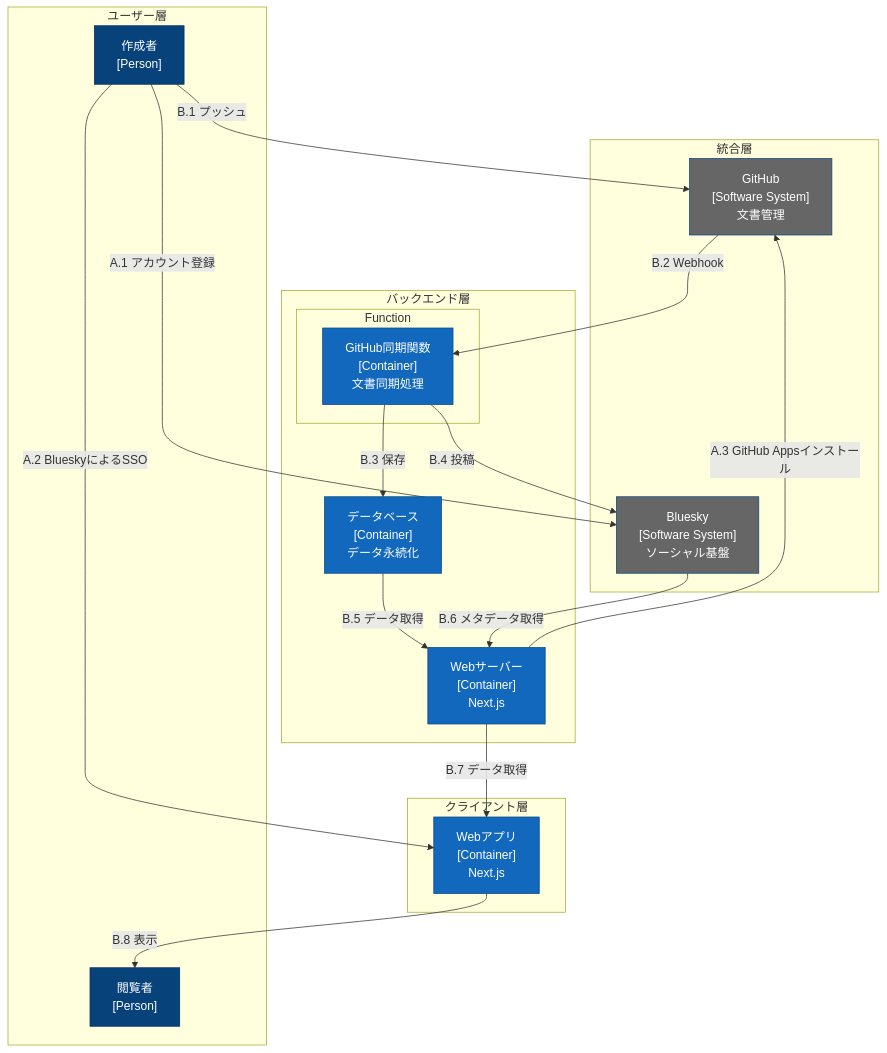
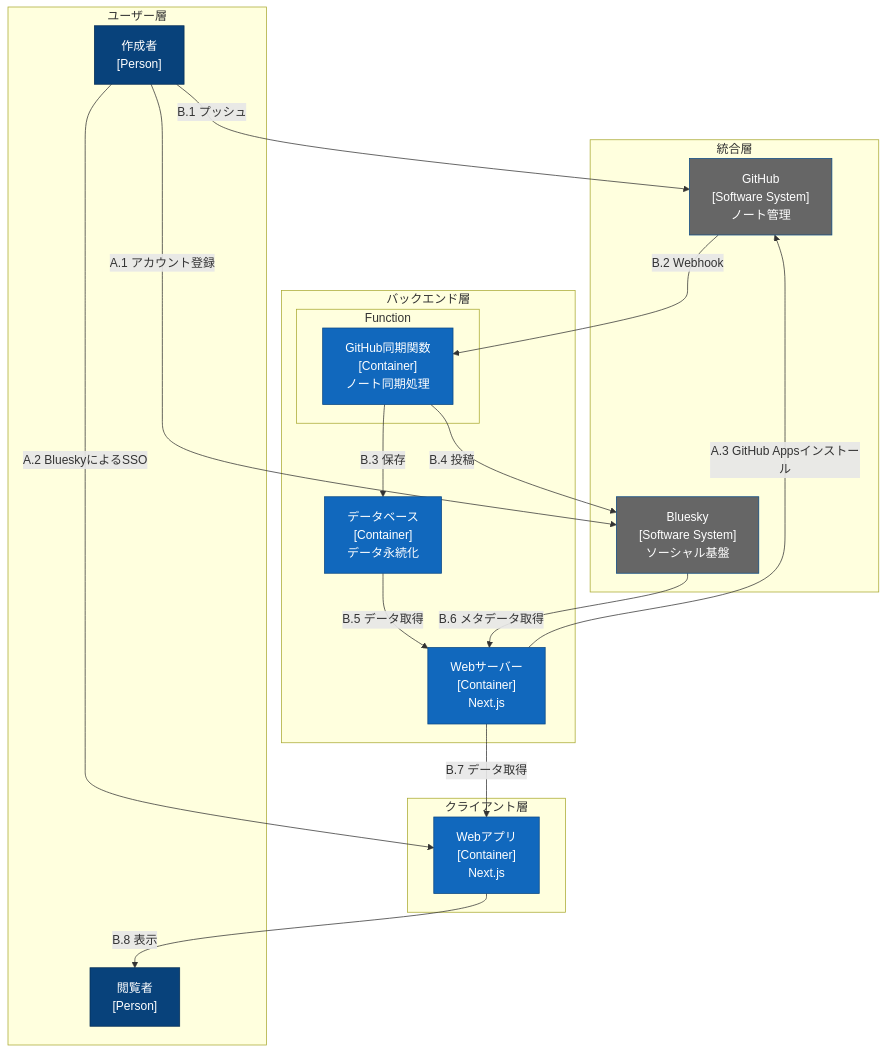
Before and after one commit to tuanemuy/at-md: the diagram in docs/flowchart.md, drawn with Mermaid. The commit also changed other lines of this file and 166 other files, not shown here.

````diff
--- a/docs/flowchart.md
+++ b/docs/flowchart.md
@@ -10,47 +10,47 @@
 ```mermaid
 flowchart TB
     subgraph Integration["統合層"]
-        GitHub["GitHub<br/>[Software System]<br/>文書管理"]
+        GitHub["GitHub<br/>[Software System]<br/>ノート管理"]
         Bluesky["Bluesky<br/>[Software System]<br/>ソーシャル基盤"]
     end
 
     subgraph Client["クライアント層"]
         WebApp["Webアプリ<br/>[Container]<br/>Next.js"]
     end
 
     subgraph Backend["バックエンド層"]
         WebServer["Webサーバー<br/>[Container]<br/>Next.js"]
         DB["データベース<br/>[Container]<br/>データ永続化"]
         subgraph Function["Function"]
-            GitHubSyncFn["GitHub同期関数<br/>[Container]<br/>文書同期処理"]
+            GitHubSyncFn["GitHub同期関数<br/>[Container]<br/>ノート同期処理"]
         end
     end
 
     subgraph Users["ユーザー層"]
         User["作成者<br/>[Person]"]
         Guest["閲覧者<br/>[Person]"]
     end
 
     %% アカウント管理フロー
     User -->|A.1 アカウント登録| Bluesky
     User -->|A.2 BlueskyによるSSO| WebApp
     WebServer -->|A.3 GitHub Appsインストール| GitHub
 
-    %% 文書作成・配信フロー
+    %% ノート作成・配信フロー
     User -->|B.1 プッシュ| GitHub
     GitHub -->|B.2 Webhook| GitHubSyncFn
     GitHubSyncFn -->|B.3 保存| DB
     GitHubSyncFn -->|B.4 投稿| Bluesky
     DB -->|B.5 データ取得| WebServer
     Bluesky -->|B.6 メタデータ取得| WebServer
     WebServer -->|B.7 データ取得| WebApp
     WebApp -->|B.8 表示| Guest
 
     classDef container fill:#1168bd,stroke:#0b4884,color:#ffffff
     classDef system fill:#666,stroke:#0b4884,color:#ffffff
     classDef person fill:#08427b,stroke:#052e56,color:#ffffff
     
     class User,Guest person
     class GitHub,Bluesky,Obsidian system
     class WebServer,WebApp,GitHubSyncFn,FeedSyncFn,DB container
 ```
````
